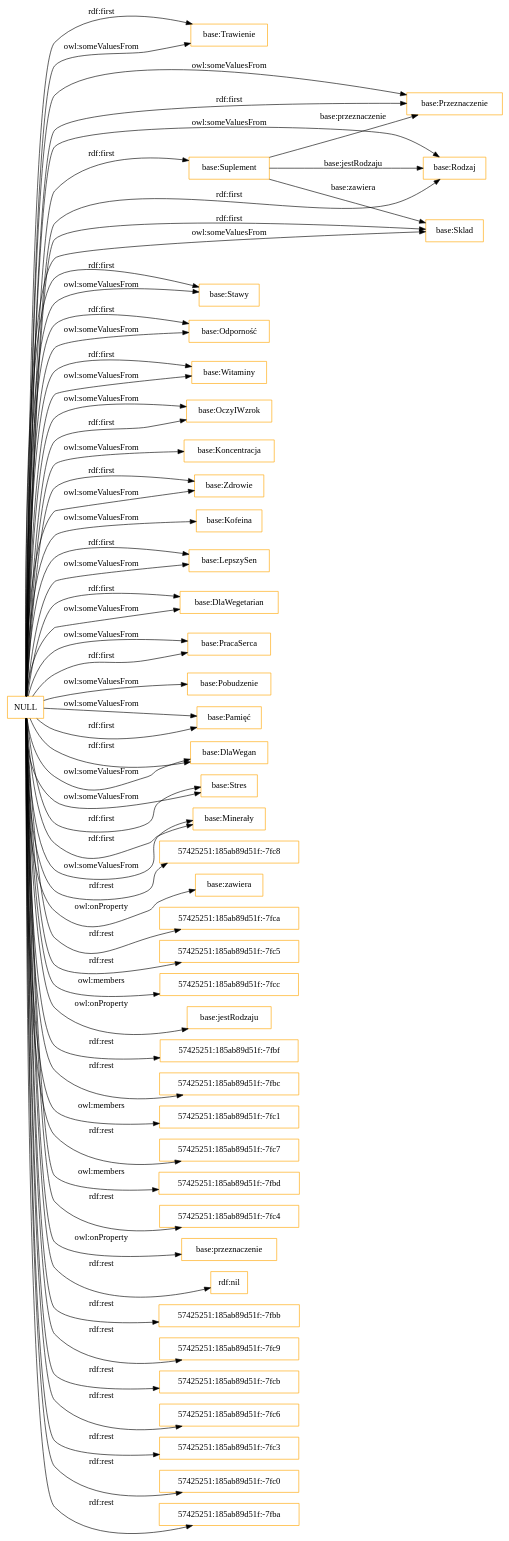
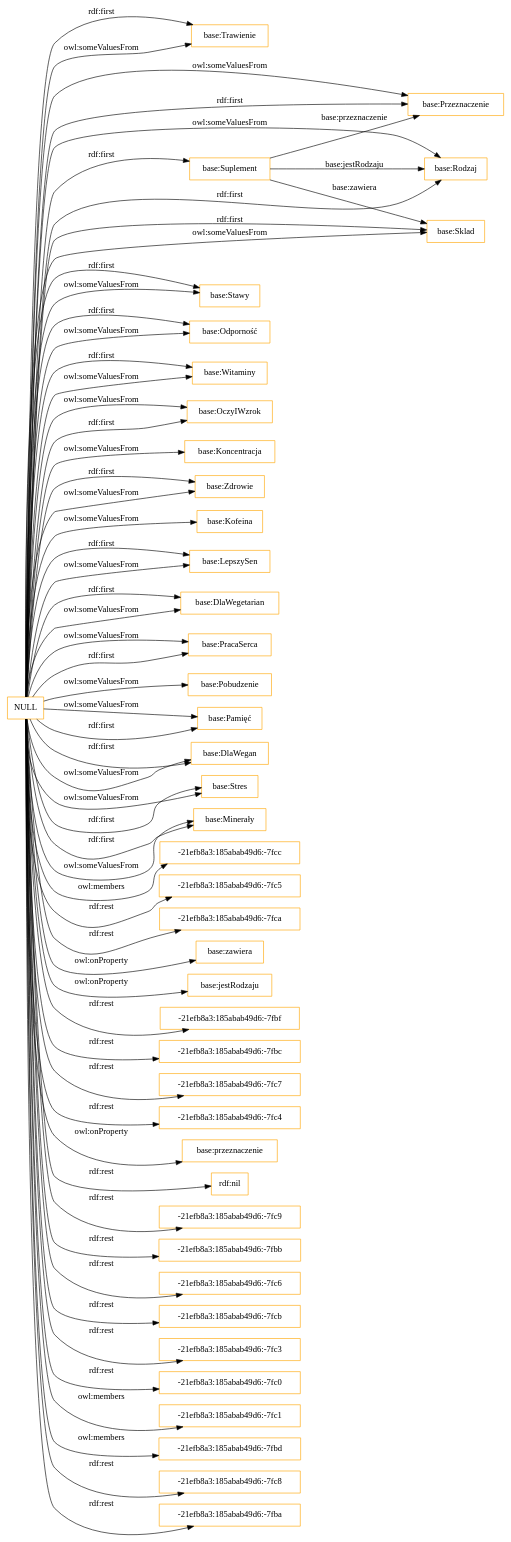
Before and after one commit to Kamill99/ontologia: the diagram in OnToology/suplementy.owl/diagrams/ar2dtool-class/suplementy.owl.png.dot, drawn with Graphviz. The commit also changed 2 other files, not shown here.

```diff
--- a/OnToology/suplementy.owl/diagrams/ar2dtool-class/suplementy.owl.png.dot
+++ b/OnToology/suplementy.owl/diagrams/ar2dtool-class/suplementy.owl.png.dot
@@ -1,66 +1,66 @@
 digraph ar2dtool_diagram { 
 rankdir=LR;
 size="1501"
 node [shape = rectangle, color="orange"]; "base:Trawienie" "base:Suplement" "base:Stawy" "base:Odporność" "base:Witaminy" "base:OczyIWzrok" "base:Koncentracja" "base:Zdrowie" "base:Kofeina" "base:Przeznaczenie" "base:Rodzaj" "base:LepszySen" "base:DlaWegetarian" "base:PracaSerca" "base:Pobudzenie" "base:Sklad" "base:Pamięć" "base:DlaWegan" "base:Stres" "base:Minerały" ; /*classes style*/
 	"NULL" -> "base:DlaWegan" [ label = "owl:someValuesFrom" ];
 	"NULL" -> "base:Stawy" [ label = "owl:someValuesFrom" ];
+	"NULL" -> "-21efb8a3:185abab49d6:-7fcc" [ label = "owl:members" ];
 	"NULL" -> "base:Witaminy" [ label = "owl:someValuesFrom" ];
-	"NULL" -> "57425251:185ab89d51f:-7fc8" [ label = "rdf:rest" ];
+	"NULL" -> "-21efb8a3:185abab49d6:-7fc5" [ label = "rdf:rest" ];
 	"NULL" -> "base:Minerały" [ label = "owl:someValuesFrom" ];
 	"NULL" -> "base:Stres" [ label = "rdf:first" ];
 	"NULL" -> "base:Stres" [ label = "owl:someValuesFrom" ];
+	"NULL" -> "-21efb8a3:185abab49d6:-7fca" [ label = "rdf:rest" ];
 	"NULL" -> "base:zawiera" [ label = "owl:onProperty" ];
-	"NULL" -> "57425251:185ab89d51f:-7fca" [ label = "rdf:rest" ];
-	"NULL" -> "57425251:185ab89d51f:-7fc5" [ label = "rdf:rest" ];
 	"NULL" -> "base:Sklad" [ label = "rdf:first" ];
-	"NULL" -> "57425251:185ab89d51f:-7fcc" [ label = "owl:members" ];
 	"NULL" -> "base:Rodzaj" [ label = "rdf:first" ];
 	"NULL" -> "base:jestRodzaju" [ label = "owl:onProperty" ];
 	"NULL" -> "base:Pobudzenie" [ label = "owl:someValuesFrom" ];
 	"NULL" -> "base:Odporność" [ label = "owl:someValuesFrom" ];
 	"NULL" -> "base:Trawienie" [ label = "owl:someValuesFrom" ];
-	"NULL" -> "57425251:185ab89d51f:-7fbf" [ label = "rdf:rest" ];
+	"NULL" -> "-21efb8a3:185abab49d6:-7fbf" [ label = "rdf:rest" ];
 	"NULL" -> "base:Rodzaj" [ label = "owl:someValuesFrom" ];
 	"NULL" -> "base:Minerały" [ label = "rdf:first" ];
 	"NULL" -> "base:Kofeina" [ label = "owl:someValuesFrom" ];
-	"NULL" -> "57425251:185ab89d51f:-7fbc" [ label = "rdf:rest" ];
+	"NULL" -> "-21efb8a3:185abab49d6:-7fbc" [ label = "rdf:rest" ];
+	"NULL" -> "-21efb8a3:185abab49d6:-7fc7" [ label = "rdf:rest" ];
 	"NULL" -> "base:LepszySen" [ label = "owl:someValuesFrom" ];
-	"NULL" -> "57425251:185ab89d51f:-7fc1" [ label = "owl:members" ];
-	"NULL" -> "57425251:185ab89d51f:-7fc7" [ label = "rdf:rest" ];
-	"NULL" -> "57425251:185ab89d51f:-7fbd" [ label = "owl:members" ];
+	"NULL" -> "-21efb8a3:185abab49d6:-7fc4" [ label = "rdf:rest" ];
 	"NULL" -> "base:DlaWegan" [ label = "rdf:first" ];
 	"NULL" -> "base:Pamięć" [ label = "rdf:first" ];
-	"NULL" -> "57425251:185ab89d51f:-7fc4" [ label = "rdf:rest" ];
 	"NULL" -> "base:przeznaczenie" [ label = "owl:onProperty" ];
 	"NULL" -> "base:OczyIWzrok" [ label = "rdf:first" ];
 	"NULL" -> "base:DlaWegetarian" [ label = "owl:someValuesFrom" ];
 	"NULL" -> "rdf:nil" [ label = "rdf:rest" ];
 	"NULL" -> "base:Zdrowie" [ label = "owl:someValuesFrom" ];
 	"NULL" -> "base:Witaminy" [ label = "rdf:first" ];
 	"NULL" -> "base:Pamięć" [ label = "owl:someValuesFrom" ];
 	"NULL" -> "base:OczyIWzrok" [ label = "owl:someValuesFrom" ];
+	"NULL" -> "-21efb8a3:185abab49d6:-7fc9" [ label = "rdf:rest" ];
 	"NULL" -> "base:PracaSerca" [ label = "rdf:first" ];
-	"NULL" -> "57425251:185ab89d51f:-7fbb" [ label = "rdf:rest" ];
+	"NULL" -> "-21efb8a3:185abab49d6:-7fbb" [ label = "rdf:rest" ];
 	"NULL" -> "base:Przeznaczenie" [ label = "owl:someValuesFrom" ];
-	"NULL" -> "57425251:185ab89d51f:-7fc9" [ label = "rdf:rest" ];
+	"NULL" -> "-21efb8a3:185abab49d6:-7fc6" [ label = "rdf:rest" ];
 	"NULL" -> "base:Koncentracja" [ label = "owl:someValuesFrom" ];
-	"NULL" -> "57425251:185ab89d51f:-7fcb" [ label = "rdf:rest" ];
-	"NULL" -> "57425251:185ab89d51f:-7fc6" [ label = "rdf:rest" ];
+	"NULL" -> "-21efb8a3:185abab49d6:-7fcb" [ label = "rdf:rest" ];
+	"NULL" -> "-21efb8a3:185abab49d6:-7fc3" [ label = "rdf:rest" ];
 	"NULL" -> "base:Sklad" [ label = "owl:someValuesFrom" ];
-	"NULL" -> "57425251:185ab89d51f:-7fc3" [ label = "rdf:rest" ];
+	"NULL" -> "-21efb8a3:185abab49d6:-7fc0" [ label = "rdf:rest" ];
 	"NULL" -> "base:Odporność" [ label = "rdf:first" ];
 	"NULL" -> "base:Trawienie" [ label = "rdf:first" ];
-	"NULL" -> "57425251:185ab89d51f:-7fc0" [ label = "rdf:rest" ];
+	"NULL" -> "-21efb8a3:185abab49d6:-7fc1" [ label = "owl:members" ];
 	"NULL" -> "base:DlaWegetarian" [ label = "rdf:first" ];
 	"NULL" -> "base:Stawy" [ label = "rdf:first" ];
 	"NULL" -> "base:PracaSerca" [ label = "owl:someValuesFrom" ];
 	"NULL" -> "base:Suplement" [ label = "rdf:first" ];
+	"NULL" -> "-21efb8a3:185abab49d6:-7fbd" [ label = "owl:members" ];
 	"NULL" -> "base:LepszySen" [ label = "rdf:first" ];
-	"NULL" -> "57425251:185ab89d51f:-7fba" [ label = "rdf:rest" ];
+	"NULL" -> "-21efb8a3:185abab49d6:-7fc8" [ label = "rdf:rest" ];
+	"NULL" -> "-21efb8a3:185abab49d6:-7fba" [ label = "rdf:rest" ];
 	"NULL" -> "base:Przeznaczenie" [ label = "rdf:first" ];
 	"NULL" -> "base:Zdrowie" [ label = "rdf:first" ];
 	"base:Suplement" -> "base:Rodzaj" [ label = "base:jestRodzaju" ];
 	"base:Suplement" -> "base:Sklad" [ label = "base:zawiera" ];
 	"base:Suplement" -> "base:Przeznaczenie" [ label = "base:przeznaczenie" ];
 
 }
```
